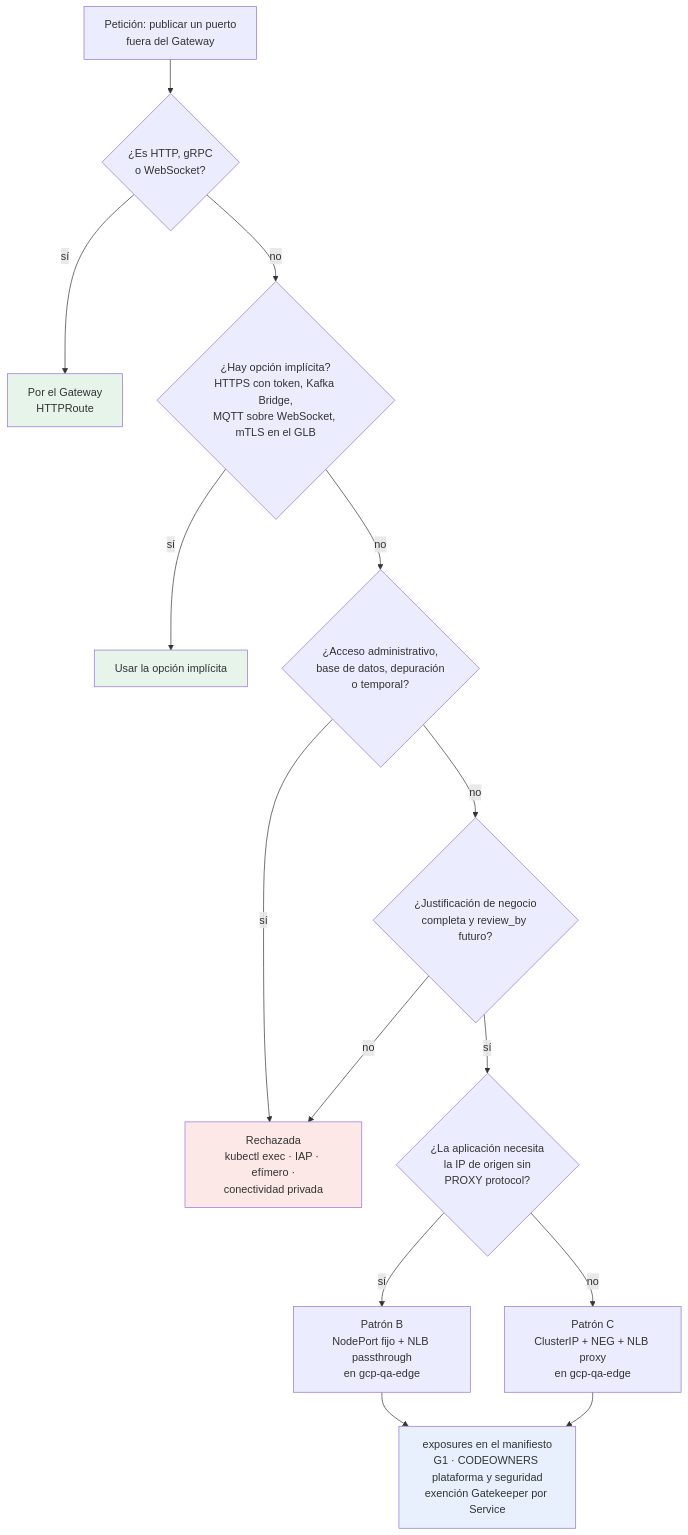
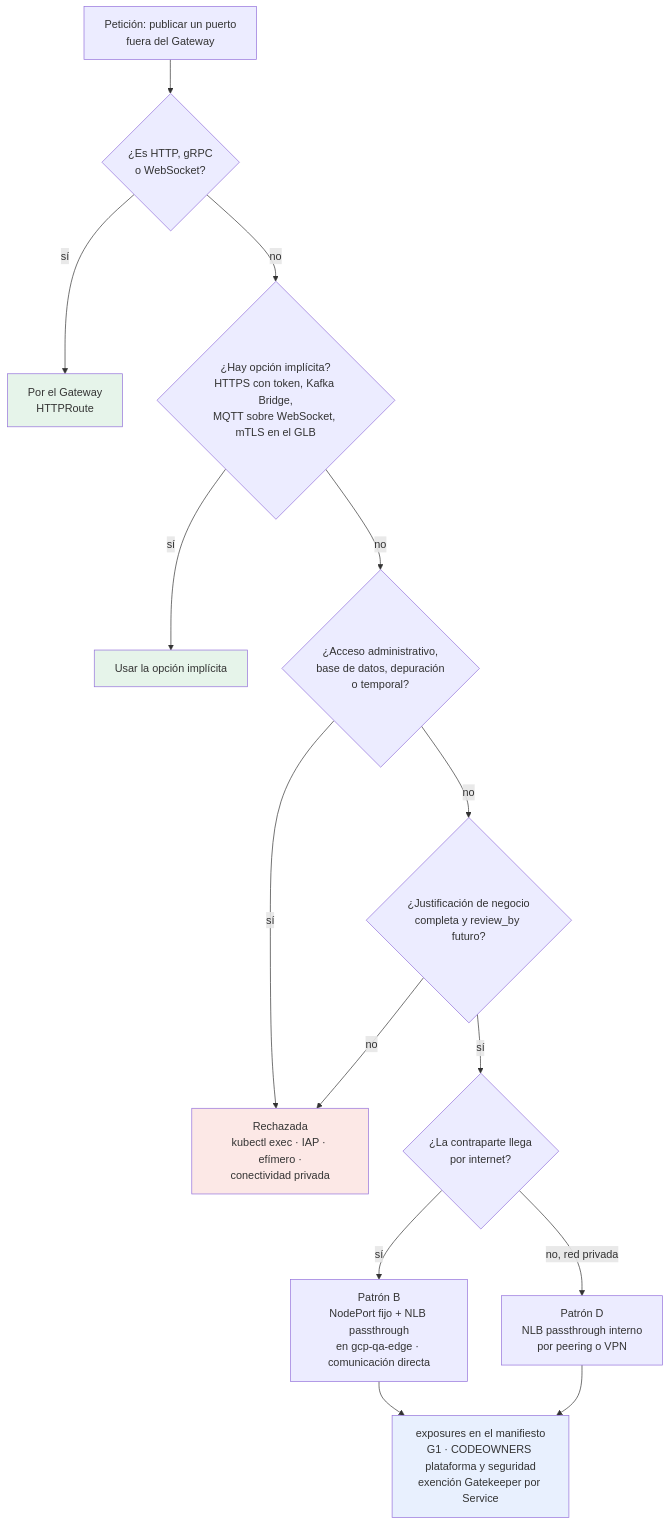
One commit to aescanero/proposal_documents changed the diagram in docs/es/proposals/envoy-gateway-qa/diagrams/07-excepciones.mmd. Above: the diagram before and after it, drawn with Mermaid. The commit also changed 5 other files, not shown here.

```diff
--- a/docs/es/proposals/envoy-gateway-qa/diagrams/07-excepciones.mmd
+++ b/docs/es/proposals/envoy-gateway-qa/diagrams/07-excepciones.mmd
@@ -1,32 +1,32 @@
 flowchart TB
     S["Petición: publicar un puerto<br/>fuera del Gateway"]
     Q1{"¿Es HTTP, gRPC<br/>o WebSocket?"}
     Q2{"¿Hay opción implícita?<br/>HTTPS con token, Kafka Bridge,<br/>MQTT sobre WebSocket, mTLS en el GLB"}
     Q3{"¿Acceso administrativo,<br/>base de datos, depuración<br/>o temporal?"}
     Q4{"¿Justificación de negocio<br/>completa y review_by futuro?"}
-    Q5{"¿La aplicación necesita<br/>la IP de origen sin<br/>PROXY protocol?"}
+    Q5{"¿La contraparte llega<br/>por internet?"}
     GW["Por el Gateway<br/>HTTPRoute"]
     ALT["Usar la opción implícita"]
     NO["Rechazada<br/>kubectl exec · IAP · efímero ·<br/>conectividad privada"]
-    B["Patrón B<br/>NodePort fijo + NLB passthrough<br/>en gcp-qa-edge"]
-    C["Patrón C<br/>ClusterIP + NEG + NLB proxy<br/>en gcp-qa-edge"]
+    B["Patrón B<br/>NodePort fijo + NLB passthrough<br/>en gcp-qa-edge · comunicación directa"]
+    C["Patrón D<br/>NLB passthrough interno<br/>por peering o VPN"]
     CTL["exposures en el manifiesto<br/>G1 · CODEOWNERS plataforma y seguridad<br/>exención Gatekeeper por Service"]
 
     S --> Q1
     Q1 -->|sí| GW
     Q1 -->|no| Q2
     Q2 -->|sí| ALT
     Q2 -->|no| Q3
     Q3 -->|sí| NO
     Q3 -->|no| Q4
     Q4 -->|no| NO
     Q4 -->|sí| Q5
     Q5 -->|sí| B
-    Q5 -->|no| C
+    Q5 -->|no, red privada| C
     B --> CTL
     C --> CTL
 
     style NO fill:#fce8e6
     style GW fill:#e6f4ea
     style ALT fill:#e6f4ea
     style CTL fill:#e8f0fe
```
